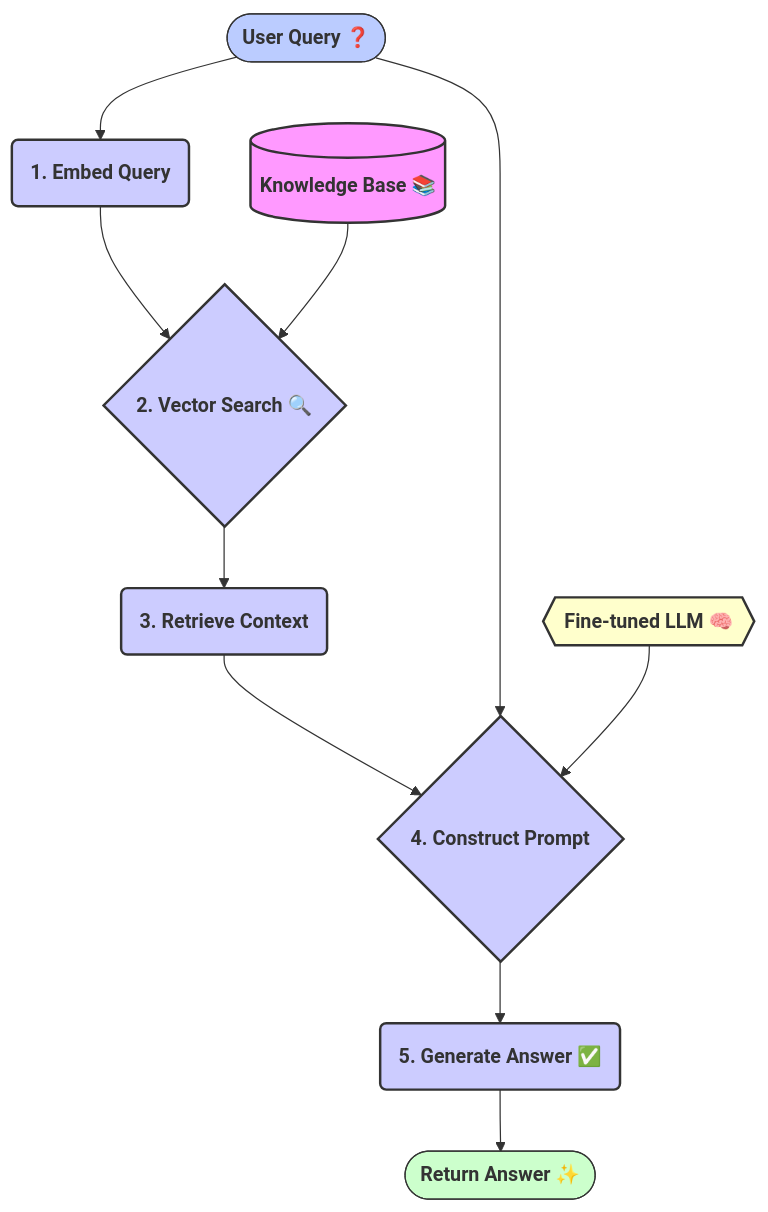
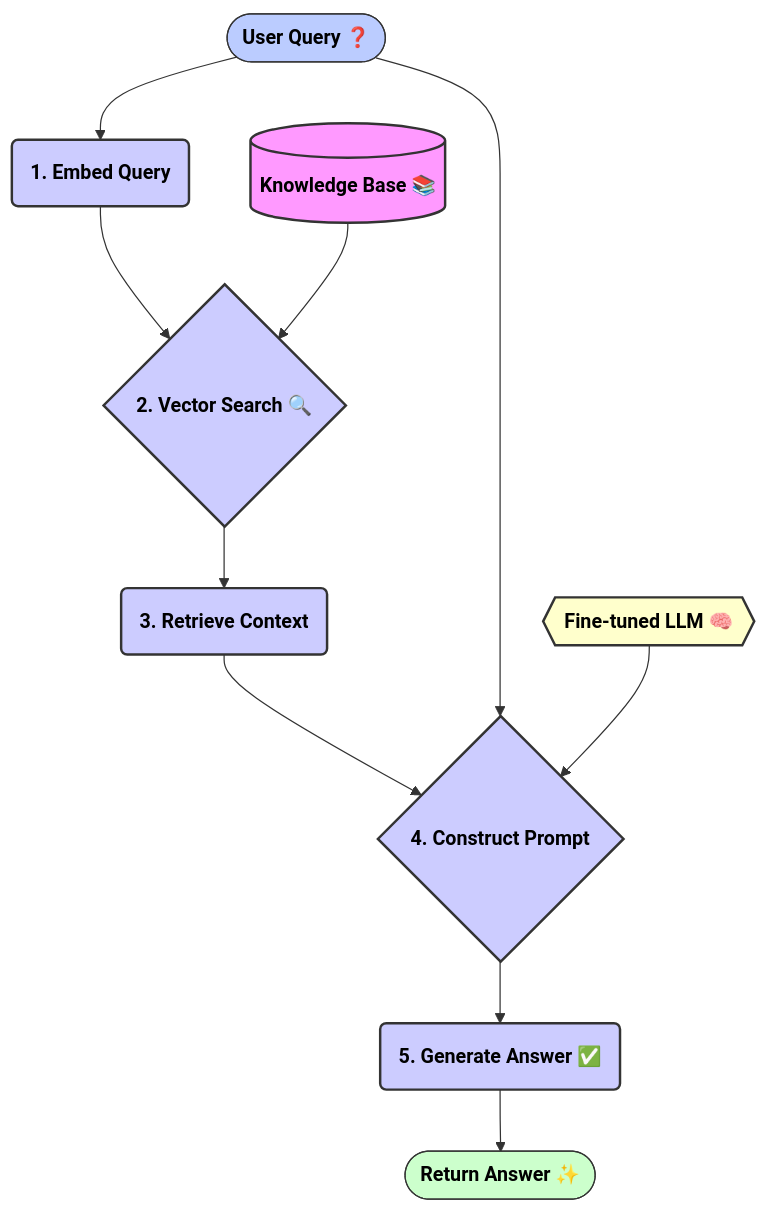
Before and after one commit to MakotoUwu/healthcare-rag: the diagram in README.md, drawn with Mermaid.

Commit message:
Style: Change Mermaid diagram font color to black

````diff
--- a/README.md
+++ b/README.md
@@ -18,28 +18,28 @@
 ```mermaid
 graph TD
-    classDef data fill:#f9f,stroke:#333,stroke-width:2px,font-weight:bold;
-    classDef process fill:#ccf,stroke:#333,stroke-width:2px,font-weight:bold;
-    classDef model fill:#ffc,stroke:#333,stroke-width:2px,font-weight:bold;
-    classDef input fill:#bcf,stroke:#333,stroke-width:1px,font-weight:bold;
-    classDef output fill:#cfc,stroke:#333,stroke-width:1px,font-weight:bold;
+    classDef data fill:#f9f,stroke:#333,stroke-width:2px,font-weight:bold,color:#000;
+    classDef process fill:#ccf,stroke:#333,stroke-width:2px,font-weight:bold,color:#000;
+    classDef model fill:#ffc,stroke:#333,stroke-width:2px,font-weight:bold,color:#000;
+    classDef input fill:#bcf,stroke:#333,stroke-width:1px,font-weight:bold,color:#000;
+    classDef output fill:#cfc,stroke:#333,stroke-width:1px,font-weight:bold,color:#000;
 
     A([User Query ❓]):::input
     B(1. Embed Query):::process
     C{2. Vector Search 🔍}:::process
     D[(Knowledge Base 📚)]:::data
     E(3. Retrieve Context):::process
     F{4. Construct Prompt}:::process
     G{{Fine-tuned LLM 🧠}}:::model
     H(5. Generate Answer ✅):::process
     I([Return Answer ✨]):::output
 
     A --> B;
     B --> C;
     D --> C;
     C --> E;
     E --> F;
     A --> F;
     G --> F;
     F --> H;
     H --> I;
 ```
````
